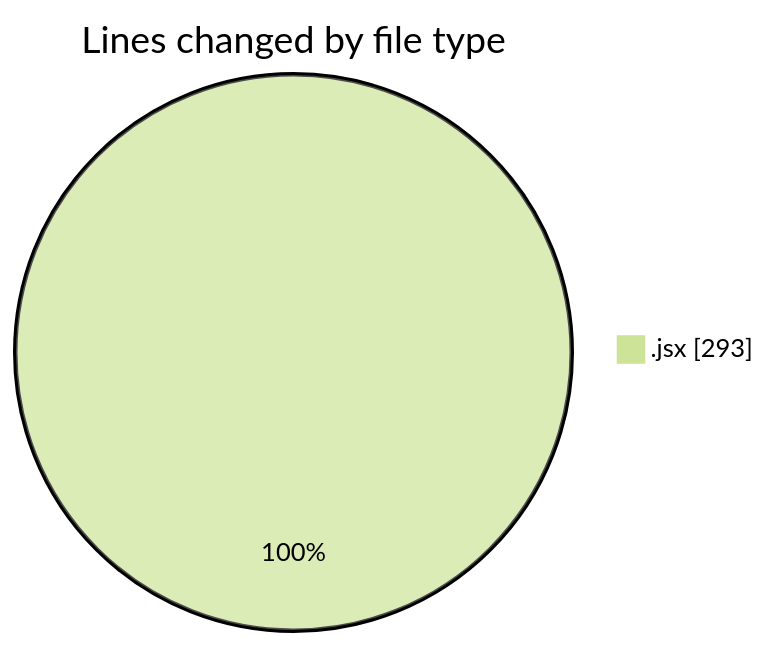
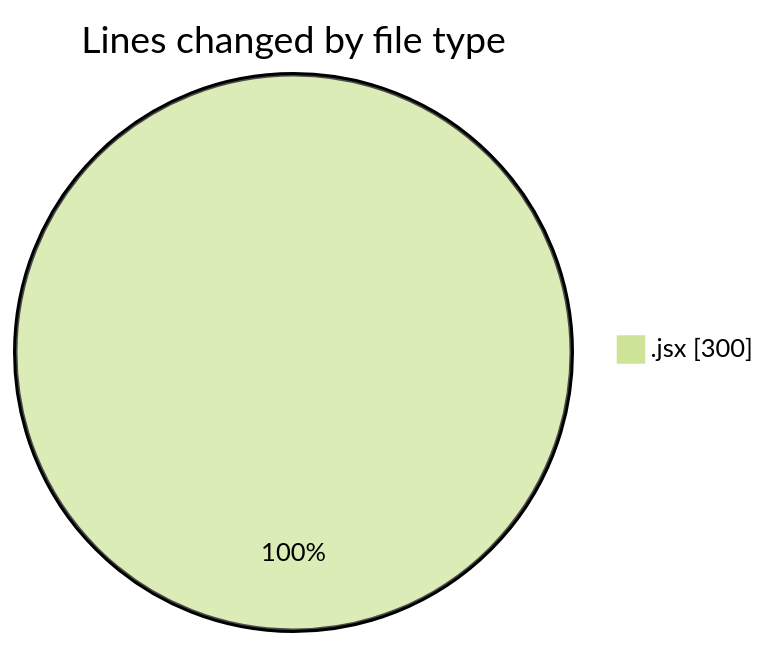
Before and after one commit to nxtqubesakshisongat/code-tracking: the first of 2 diagrams in 2025-11-05/nxtqube_webapp/README.md, drawn with Mermaid (forest theme). The commit also changed other lines of this file and 1 other file, not shown here.

````diff
--- a/2025-11-05/nxtqube_webapp/README.md
+++ b/2025-11-05/nxtqube_webapp/README.md
@@ -20,5 +20,5 @@
 ```mermaid
 pie showData
 title Lines changed by file type
-".jsx" : 293
+".jsx" : 300
 ```
````
